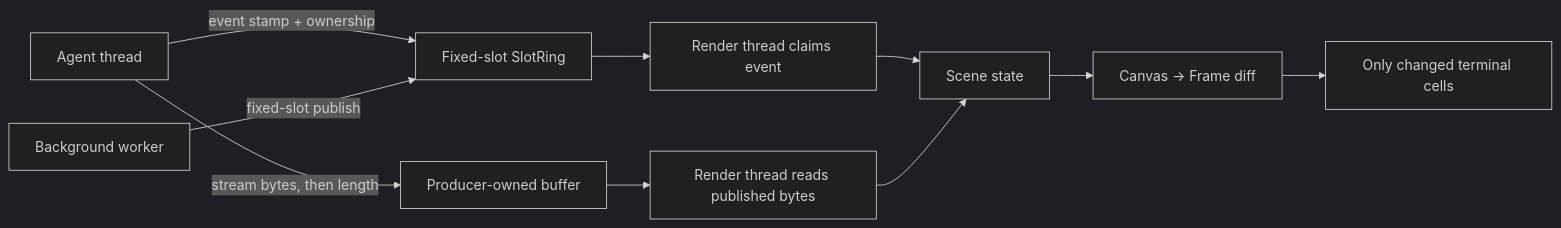
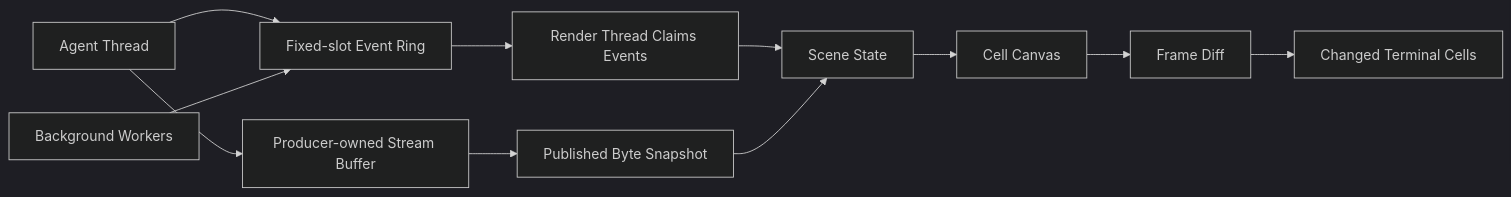
Before and after one commit to itsXactlY/ariadne: the fifth of 6 diagrams in README.md, drawn with Mermaid (dark theme). The commit also changed other lines of this file and 1 other file, not shown here.

````diff
--- a/README.md
+++ b/README.md
@@ -195,12 +319,17 @@
 ```mermaid
 flowchart LR
-    AGENT["Agent thread"] -->|event stamp + ownership| RING["Fixed-slot SlotRing"]
-    AGENT -->|stream bytes, then length| BUF["Producer-owned buffer"]
-    WORKER["Background worker"] -->|fixed-slot publish| RING
-    RING --> CLAIM["Render thread claims event"]
-    BUF --> SNAP["Render thread reads published bytes"]
-    CLAIM --> SCENE["Scene state"]
-    SNAP --> SCENE
-    SCENE --> FRAME["Canvas → Frame diff"]
-    FRAME --> TERM["Only changed terminal cells"]
+    AGENT["Agent Thread"] --> RING["Fixed-slot Event Ring"]
+    AGENT --> BUFFER["Producer-owned Stream Buffer"]
+
+    WORKER["Background Workers"] --> RING
+
+    RING --> CLAIM["Render Thread Claims Events"]
+    BUFFER --> SNAPSHOT["Published Byte Snapshot"]
+
+    CLAIM --> SCENE["Scene State"]
+    SNAPSHOT --> SCENE
+
+    SCENE --> CANVAS["Cell Canvas"]
+    CANVAS --> DIFF["Frame Diff"]
+    DIFF --> TERMINAL["Changed Terminal Cells"]
 ```
````
